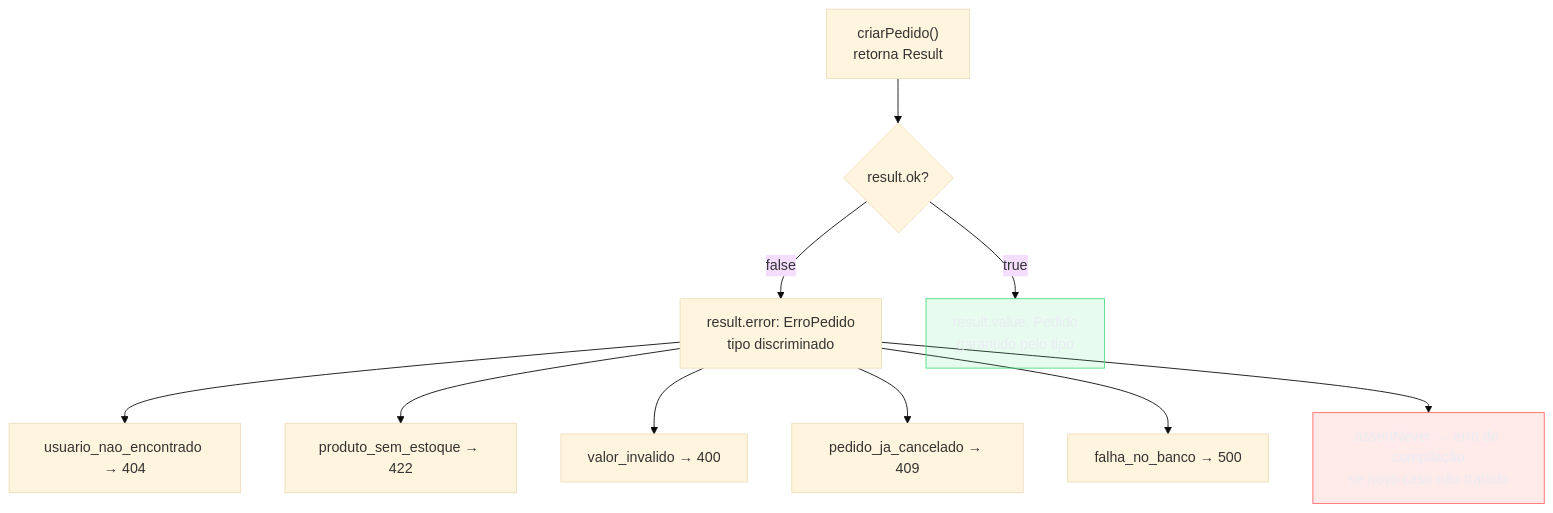
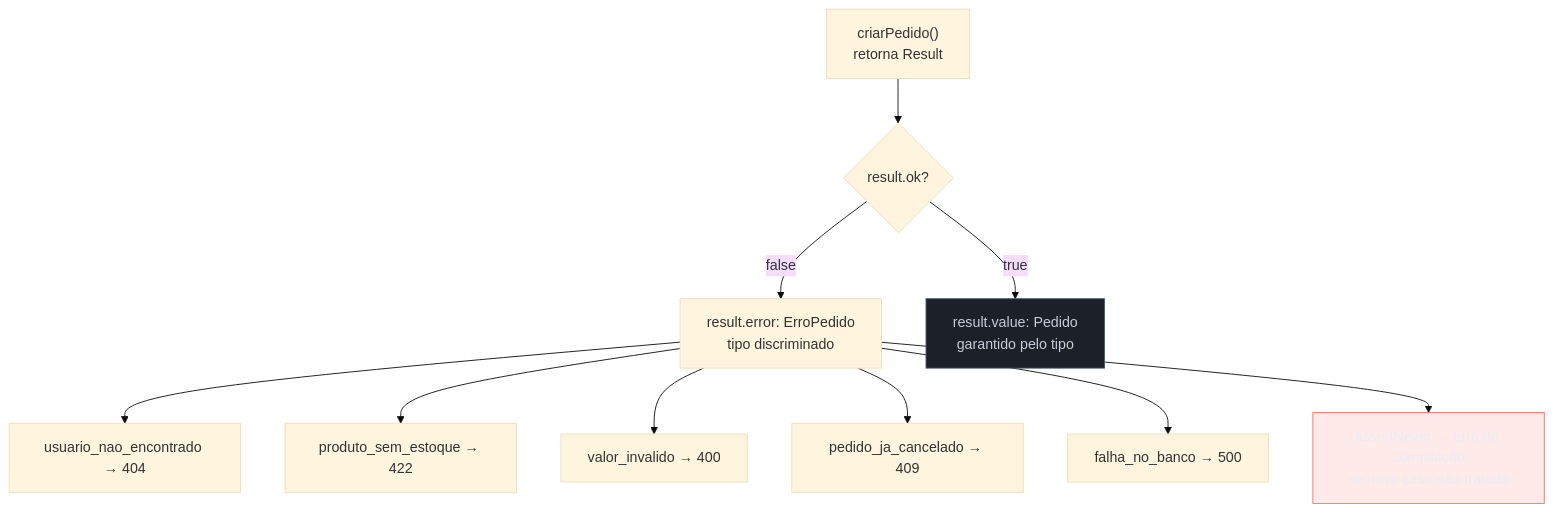
One commit to josenaldo/codex-technomanticus changed the third of 5 diagrams in 03-Dominios/Tecnologia/TypeScript/24 - Type-driven design - branded types, Result e estados impossíveis.md. Above: the diagram before and after it, drawn with Mermaid (base theme). The commit also changed other lines of this file and 601 other files, not shown here.

````diff
--- a/03-Dominios/Tecnologia/TypeScript/24 - Type-driven design - branded types, Result e estados impossíveis.md
+++ b/03-Dominios/Tecnologia/TypeScript/24 - Type-driven design - branded types, Result e estados impossíveis.md
@@ -362,30 +361,30 @@
 ```mermaid
 flowchart TD
-    classDef ok fill:#4ADE8021,stroke:#4ADE80,color:#E9ECF2
+    classDef neutro fill:#1B2029,stroke:#4E5666,color:#C6CCD8
     classDef falha fill:#FF6B6B24,stroke:#FF6B6B,color:#E9ECF2
     F["criarPedido()\nretorna Result<Pedido, ErroPedido>"]
     CHK{"result.ok?"}
     ERR["result.error: ErroPedido\ntipo discriminado"]
     VAL["result.value: Pedido\ngarantido pelo tipo"]
 
     E1["usuario_nao_encontrado → 404"]
     E2["produto_sem_estoque → 422"]
     E3["valor_invalido → 400"]
     E4["pedido_ja_cancelado → 409"]
     E5["falha_no_banco → 500"]
     DEF["assertNever → erro de compilação\nse novo caso não tratado"]
 
     F --> CHK
     CHK -->|"false"| ERR
     CHK -->|"true"| VAL
 
     ERR --> E1
     ERR --> E2
     ERR --> E3
     ERR --> E4
     ERR --> E5
     ERR --> DEF
 
-    class VAL ok
+    class VAL neutro
     class DEF falha
 ```
````
